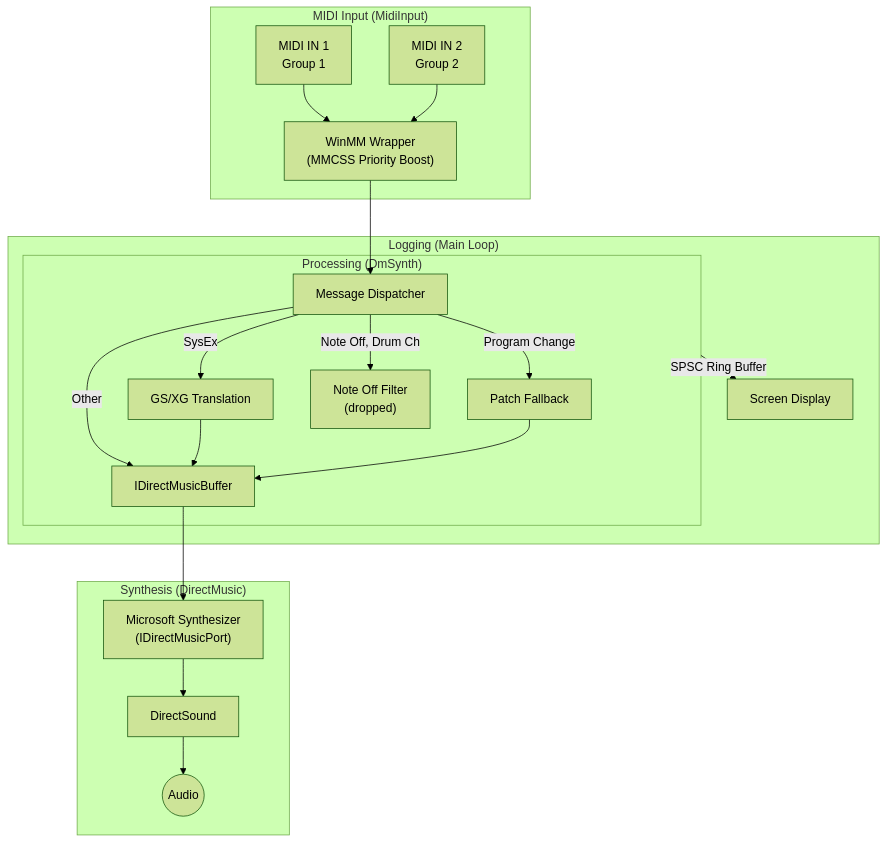
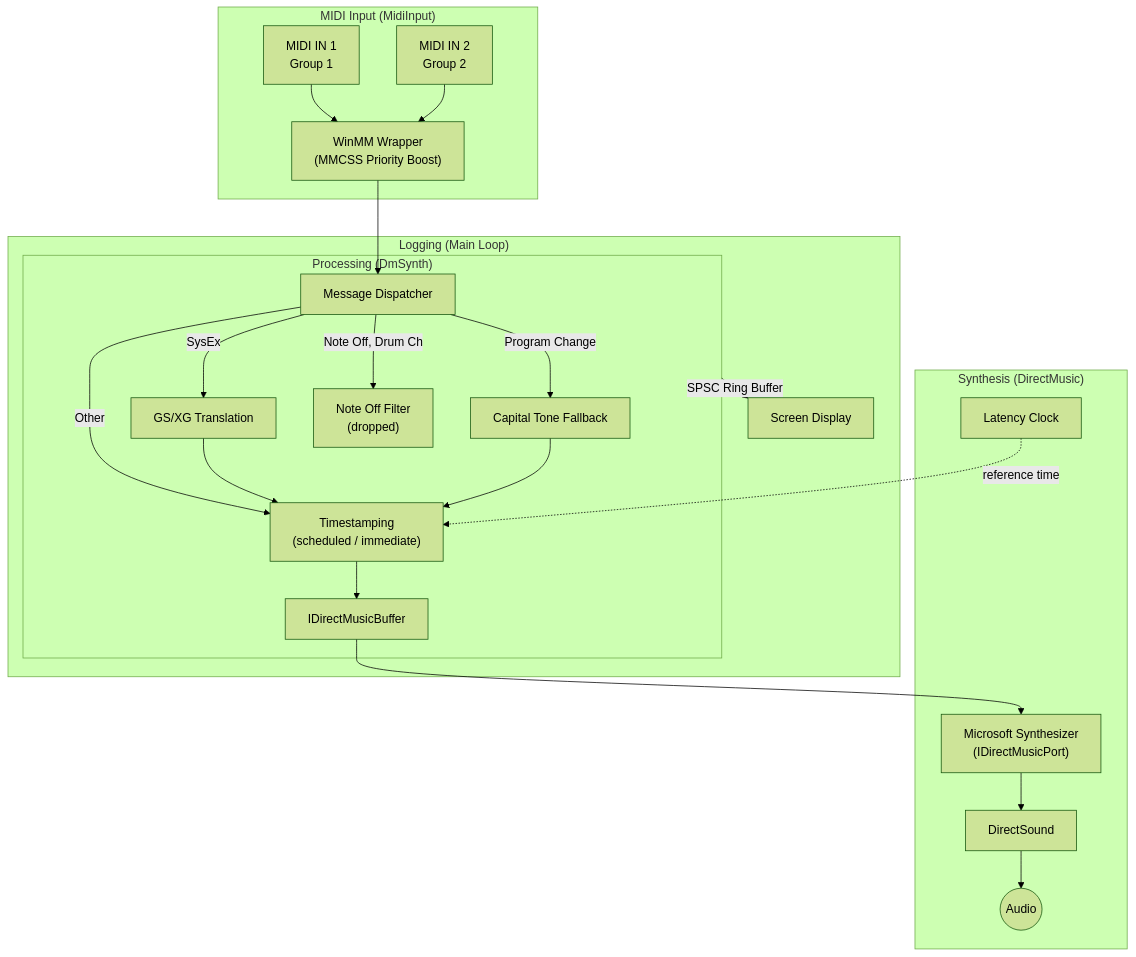
The diagram in README.md (ku6dra/dmsynth), drawn with Mermaid (forest theme) before and after one commit. The commit also changed other lines of this file and 5 other files, not shown here.

First line of the commit message:
Add --immediate mode and GS Capital Tone fallback

````diff
--- a/README.md
+++ b/README.md
@@ -98,28 +116,30 @@
 ```mermaid
 graph TD
     subgraph Input ["MIDI Input (MidiInput)"]
         M1[MIDI IN 1<br/>Group 1] --> MI
         M2[MIDI IN 2<br/>Group 2] --> MI
         MI["WinMM Wrapper<br/>(MMCSS Priority Boost)"]
     end
 
     subgraph Logic ["Processing (DmSynth)"]
         MI --> DS["Message Dispatcher"]
         DS -->|SysEx| GS["GS/XG Translation"]
-        DS -->|Program Change| FB["Patch Fallback"]
+        DS -->|Program Change| FB["Capital Tone Fallback"]
         DS -->|Note Off, Drum Ch| NF["Note Off Filter<br/>(dropped)"]
-        DS -->|Other| Buf["IDirectMusicBuffer"]
-        GS --> Buf
-        FB --> Buf
+        DS -->|Other| TS
+        GS --> TS
+        FB --> TS
+        TS["Timestamping<br/>(scheduled / immediate)"] --> Buf["IDirectMusicBuffer"]
     end
 
     subgraph Output ["Synthesis (DirectMusic)"]
         Buf --> Synth["Microsoft Synthesizer<br/>(IDirectMusicPort)"]
+        LC["Latency Clock"] -.->|reference time| TS
         Synth --> DirectSound["DirectSound"]
         DirectSound --> AudioOutput((Audio))
     end
 
     subgraph UI ["Logging (Main Loop)"]
         Logic -- "SPSC Ring Buffer" --> Log["Screen Display"]
     end
 ```
````
